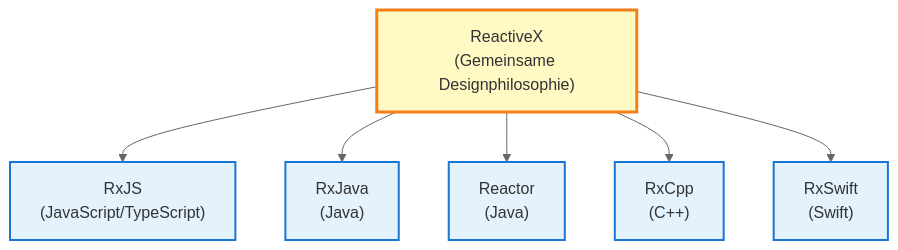
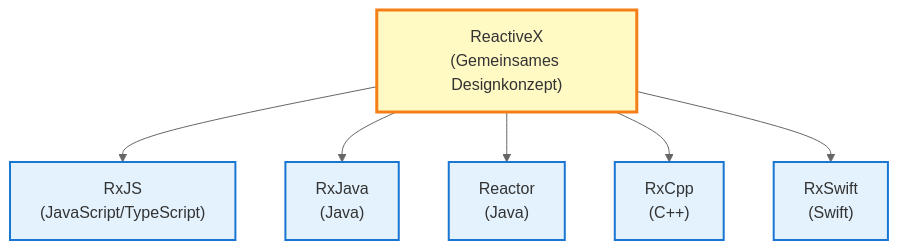
One commit to shuji-bonji/RxJS-with-TypeScript changed the first of 12 diagrams in docs/de/guide/appendix/rxjs-and-reactive-streams-ecosystem.md. Above: the diagram before and after it, drawn with Mermaid (neutral theme). The commit also changed other lines of this file and 61 other files, not shown here.

````diff
--- a/docs/de/guide/appendix/rxjs-and-reactive-streams-ecosystem.md
+++ b/docs/de/guide/appendix/rxjs-and-reactive-streams-ecosystem.md
@@ -17,21 +17,21 @@
 ```mermaid
 graph TB
-    reactiveX["ReactiveX<br/>(Gemeinsame Designphilosophie)"]
+    reactiveX["ReactiveX<br/>(Gemeinsames Designkonzept)"]
     rxjs["RxJS<br/>(JavaScript/TypeScript)"]
     rxjava["RxJava<br/>(Java)"]
     reactor["Reactor<br/>(Java)"]
     rxcpp["RxCpp<br/>(C++)"]
     rxswift["RxSwift<br/>(Swift)"]
 
     reactiveX --> rxjs
     reactiveX --> rxjava
     reactiveX --> reactor
     reactiveX --> rxcpp
     reactiveX --> rxswift
 
     classDef core fill:#fff9c4,stroke:#f57f17,stroke-width:3px,color:#333
     classDef impl fill:#e3f2fd,stroke:#1976d2,stroke-width:2px,color:#333
 
     class reactiveX core
     class rxjs,rxjava,reactor,rxcpp,rxswift impl
 ```
````
